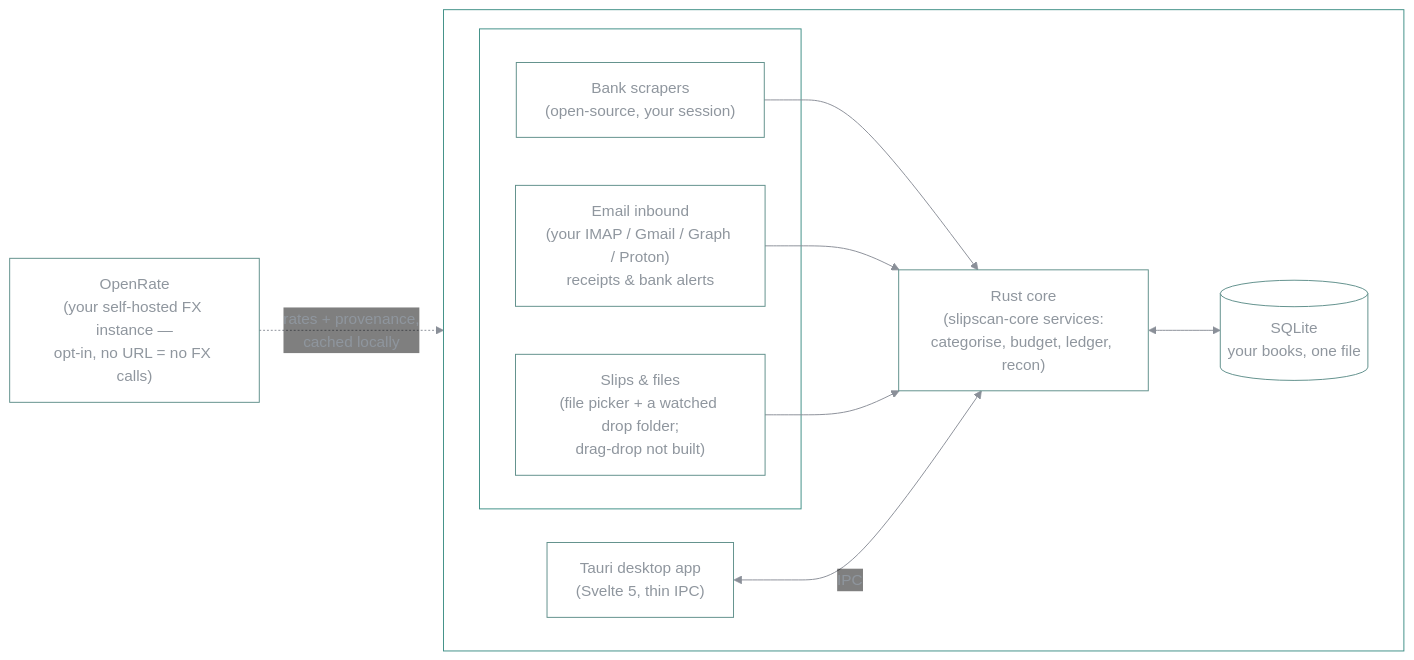
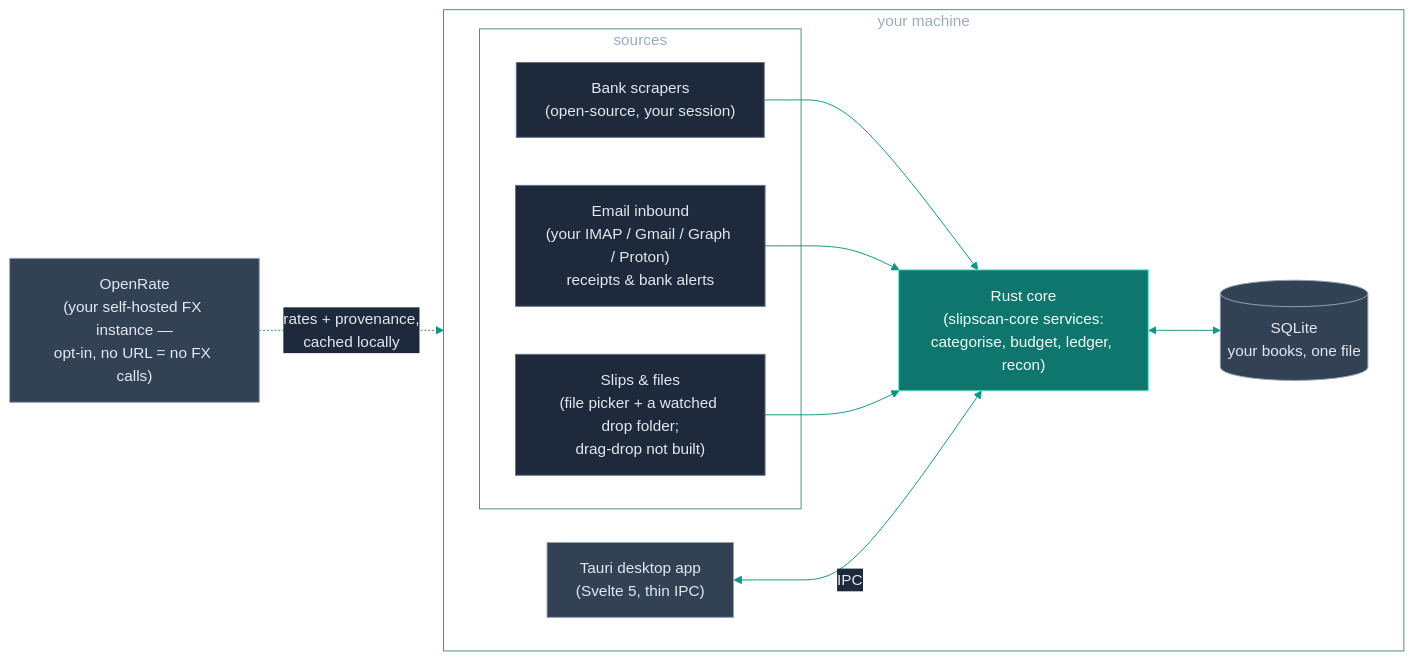
The first of 2 diagrams in README.md (vul-os/slipscan), drawn with Mermaid before and after one commit. The commit also changed other lines of this file, not shown here.

````diff
--- a/README.md
+++ b/README.md
@@ -190,22 +190,29 @@
 ```mermaid
-%%{init: {'theme':'base','themeVariables':{'fontFamily':'ui-monospace, SFMono-Regular, Menlo, monospace','primaryColor':'transparent','primaryBorderColor':'#14b8a6','primaryTextColor':'#8f969e','lineColor':'#8a8f98','nodeBorder':'#5f8f8a','edgeLabelBackground':'transparent','clusterBorder':'#3f8f86','clusterBkg':'transparent'}}}%%
+%%{init: {'theme':'base','themeVariables':{'fontFamily':'ui-monospace, SFMono-Regular, Menlo, monospace','primaryColor':'#334155','primaryBorderColor':'#94a3b8','primaryTextColor':'#e2e8f0','lineColor':'#0d9488','edgeLabelBackground':'#1e293b','clusterBorder':'#3f8f86','clusterBkg':'transparent'}}}%%
 flowchart LR
+    classDef entry fill:#1e293b,stroke:#64748b,color:#e2e8f0
+    classDef subject fill:#0f766e,stroke:#5eead4,color:#f0fdfa
+    classDef downstream fill:#334155,stroke:#94a3b8,color:#e2e8f0
     subgraph machine["your machine"]
         direction LR
         subgraph sources["sources"]
             bank["Bank scrapers<br/>(open-source, your session)"]
             mail["Email inbound<br/>(your IMAP / Gmail / Graph / Proton)<br/>receipts &amp; bank alerts"]
             files["Slips &amp; files<br/>(file picker + a watched drop folder;<br/>drag-drop not built)"]
         end
         core["Rust core<br/>(slipscan-core services:<br/>categorise, budget, ledger, recon)"]
         db[("SQLite<br/>your books, one file")]
         app["Tauri desktop app<br/>(Svelte 5, thin IPC)"]
         bank --> core
         mail --> core
         files --> core
         core <--> db
         app <-->|"IPC"| core
     end
     openrate["OpenRate<br/>(your self-hosted FX instance —<br/>opt-in, no URL = no FX calls)"]
     openrate -.->|"rates + provenance,<br/>cached locally"| core
+
+    class bank,mail,files entry
+    class core subject
+    class db,app,openrate downstream
 ```
````
